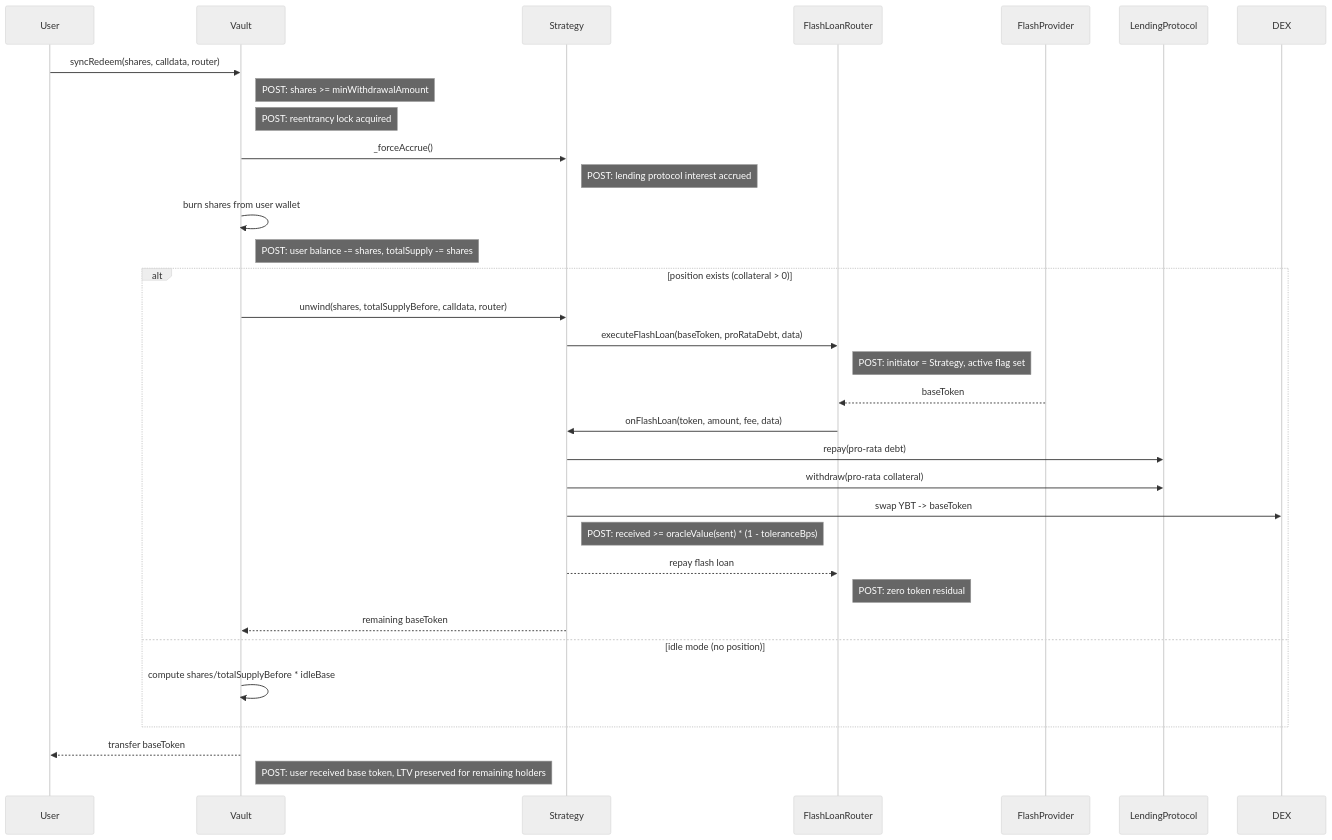
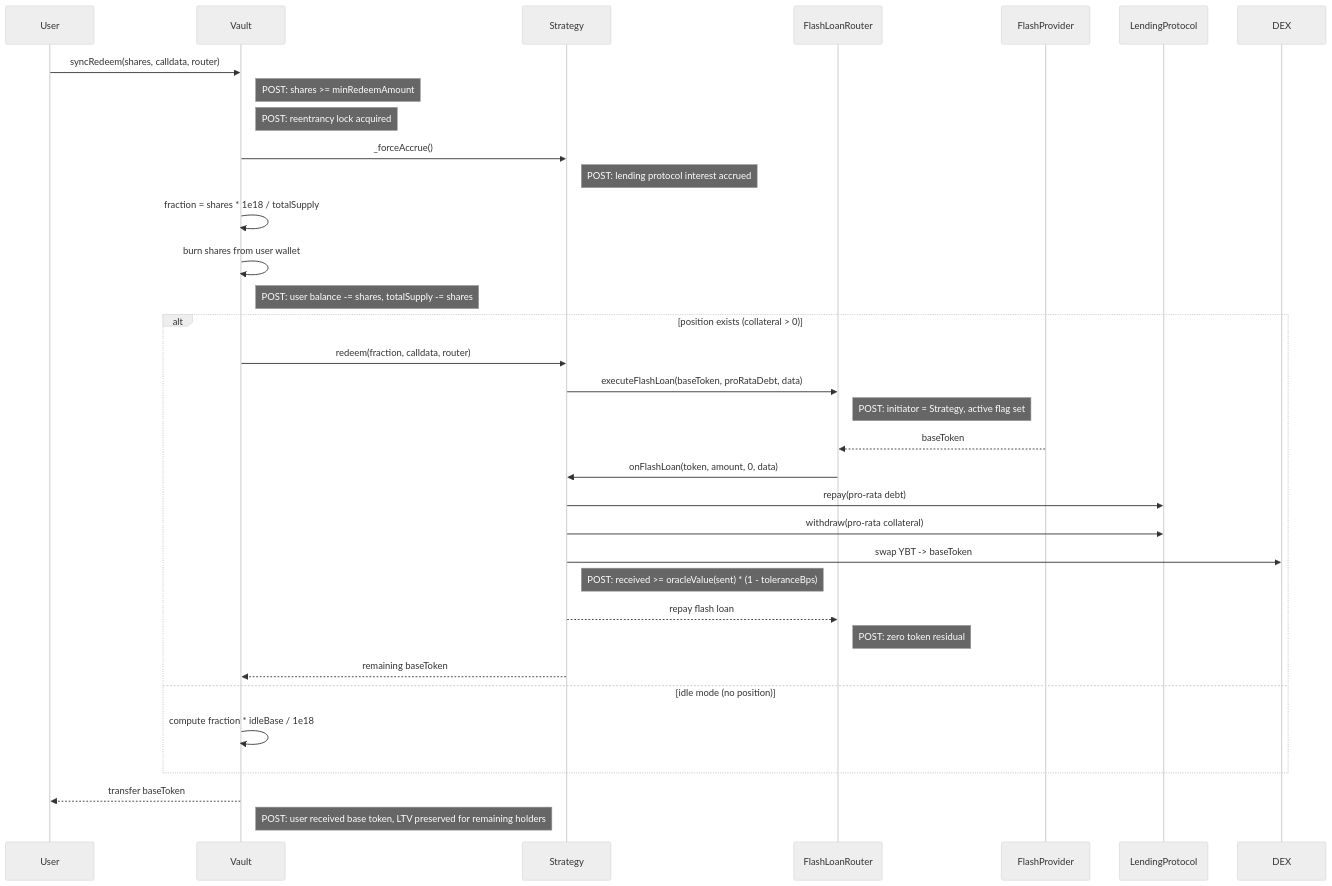
The sixth of 17 diagrams in docs/architecture/call-diagrams.md (evgenynacu/leverage-vaults), drawn with Mermaid (neutral theme) before and after one commit. The commit also changed other lines of this file and 10 other files, not shown here.

````diff
--- a/docs/architecture/call-diagrams.md
+++ b/docs/architecture/call-diagrams.md
@@ -102,28 +109,29 @@
 ```mermaid
 sequenceDiagram
     User->>Vault: syncRedeem(shares, calldata, router)
-    note right of Vault: POST: shares >= minWithdrawalAmount
+    note right of Vault: POST: shares >= minRedeemAmount
     note right of Vault: POST: reentrancy lock acquired
     Vault->>Strategy: _forceAccrue()
     note right of Strategy: POST: lending protocol interest accrued
+    Vault->>Vault: fraction = shares * 1e18 / totalSupply
     Vault->>Vault: burn shares from user wallet
     note right of Vault: POST: user balance -= shares, totalSupply -= shares
     alt position exists (collateral > 0)
-        Vault->>Strategy: unwind(shares, totalSupplyBefore, calldata, router)
+        Vault->>Strategy: redeem(fraction, calldata, router)
         Strategy->>FlashLoanRouter: executeFlashLoan(baseToken, proRataDebt, data)
         note right of FlashLoanRouter: POST: initiator = Strategy, active flag set
         FlashProvider-->>FlashLoanRouter: baseToken
-        FlashLoanRouter->>Strategy: onFlashLoan(token, amount, fee, data)
+        FlashLoanRouter->>Strategy: onFlashLoan(token, amount, 0, data)
         Strategy->>LendingProtocol: repay(pro-rata debt)
         Strategy->>LendingProtocol: withdraw(pro-rata collateral)
         Strategy->>DEX: swap YBT -> baseToken
         note right of Strategy: POST: received >= oracleValue(sent) * (1 - toleranceBps)
         Strategy-->>FlashLoanRouter: repay flash loan
         note right of FlashLoanRouter: POST: zero token residual
         Strategy-->>Vault: remaining baseToken
     else idle mode (no position)
-        Vault->>Vault: compute shares/totalSupplyBefore * idleBase
+        Vault->>Vault: compute fraction * idleBase / 1e18
     end
     Vault-->>User: transfer baseToken
     note right of Vault: POST: user received base token, LTV preserved for remaining holders
 ```
````
